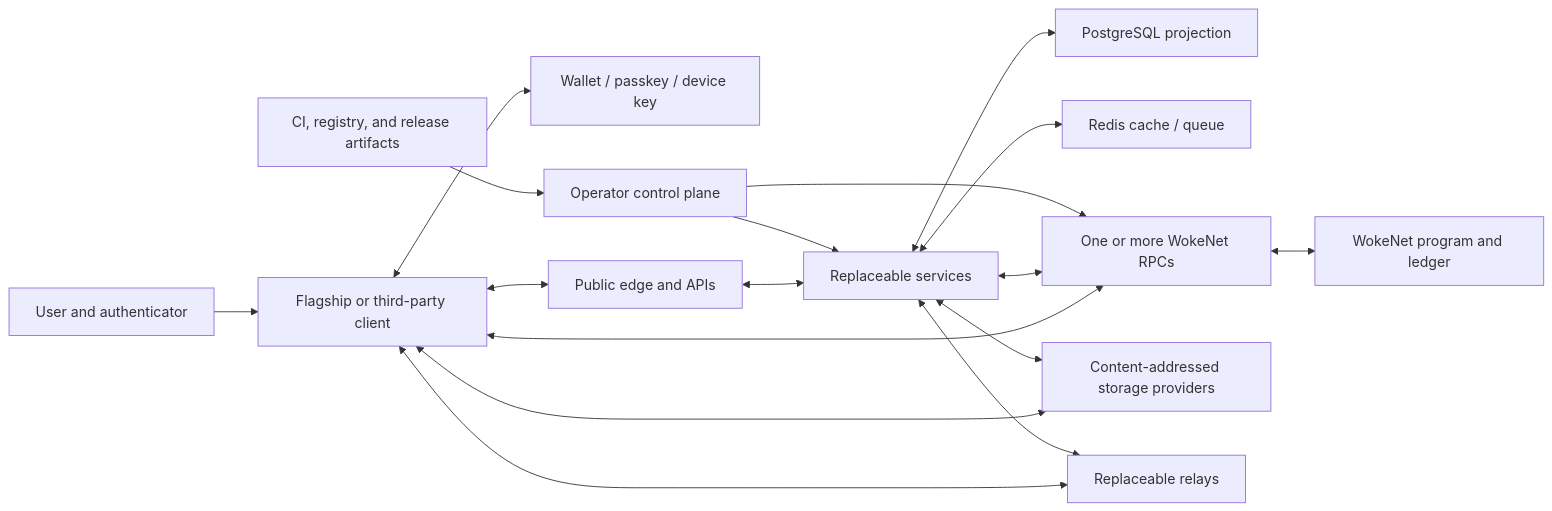
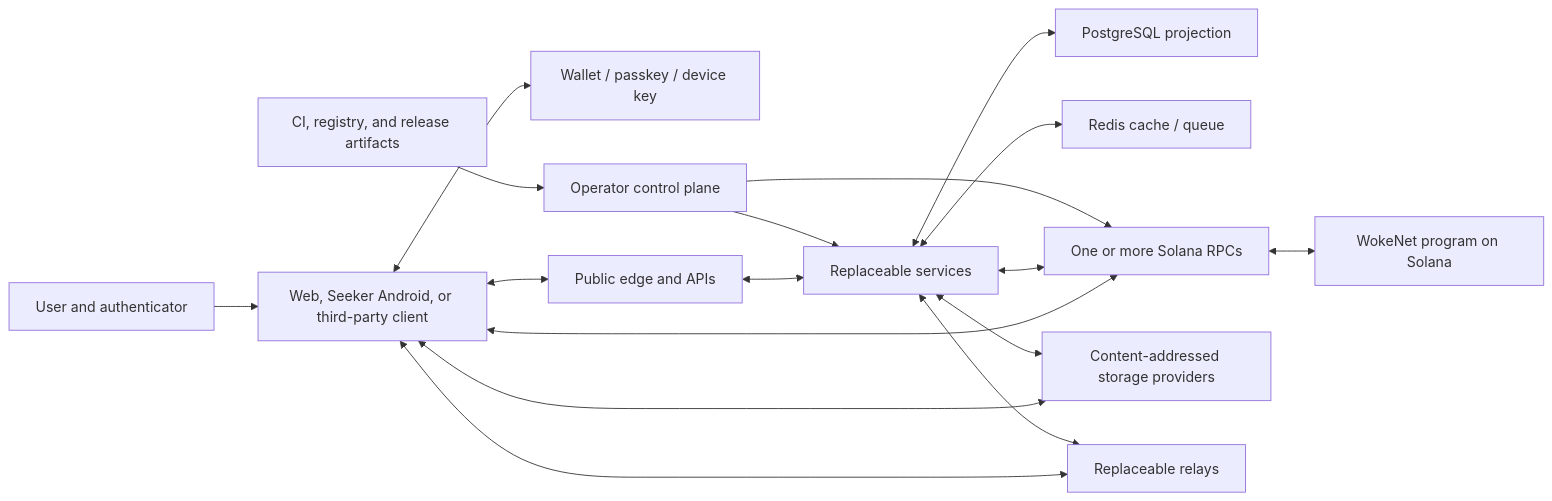
Before and after one commit to droolson/wetdrool: the diagram in docs/THREAT_MODEL.md, drawn with Mermaid. The commit also changed other lines of this file and 163 other files, not shown here.

Commit message:
feat(wokesocial): pivot WokeNet to Solana and add Seeker client

````diff
--- a/docs/THREAT_MODEL.md
+++ b/docs/THREAT_MODEL.md
@@ -98,33 +99,33 @@
 ```mermaid
 flowchart LR
     U["User and authenticator"]
-    C["Flagship or third-party client"]
+    C["Web, Seeker Android, or third-party client"]
     W["Wallet / passkey / device key"]
     E["Public edge and APIs"]
     S["Replaceable services"]
     DB["PostgreSQL projection"]
     R["Redis cache / queue"]
-    RPC["One or more WokeNet RPCs"]
-    WN["WokeNet program and ledger"]
+    RPC["One or more Solana RPCs"]
+    WN["WokeNet program on Solana"]
     ST["Content-addressed storage providers"]
     REL["Replaceable relays"]
     OP["Operator control plane"]
     CI["CI, registry, and release artifacts"]
 
     U --> C
     C <--> W
     C <--> E
     E <--> S
     S <--> DB
     S <--> R
     C <--> RPC
     S <--> RPC
     RPC <--> WN
     C <--> ST
     S <--> ST
     C <--> REL
     S <--> REL
     OP --> S
     OP --> RPC
     CI --> OP
 ```
````
